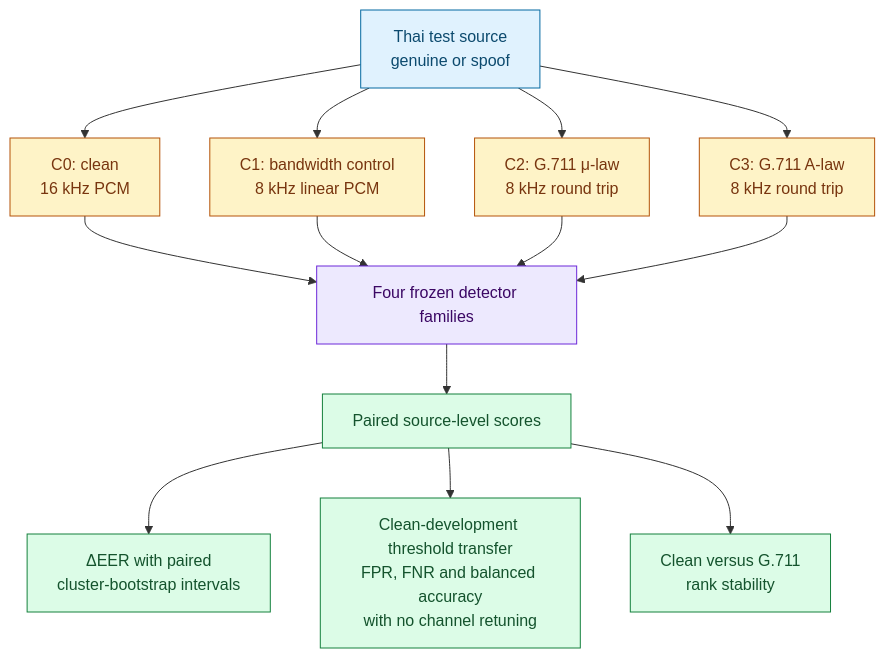
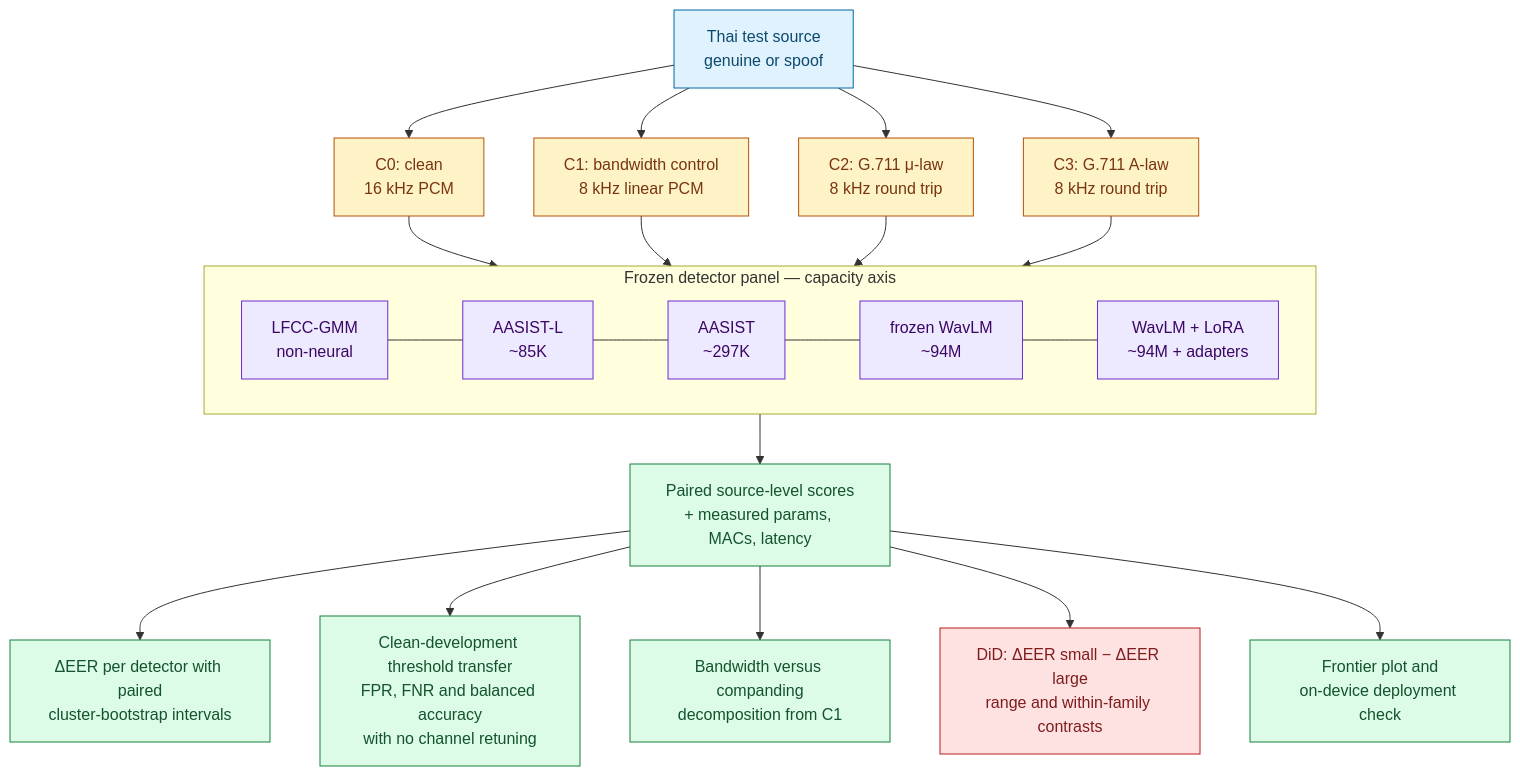
Before and after one commit to punyopan/ysc: the diagram in docs/architecture.mmd, drawn with Mermaid. The commit also changed 8 other files, not shown here.

```diff
--- a/docs/architecture.mmd
+++ b/docs/architecture.mmd
@@ -1,25 +1,34 @@
 flowchart TB
     A[Thai test source<br/>genuine or spoof] --> C0[C0: clean<br/>16 kHz PCM]
     A --> C1[C1: bandwidth control<br/>8 kHz linear PCM]
     A --> C2[C2: G.711 μ-law<br/>8 kHz round trip]
     A --> C3[C3: G.711 A-law<br/>8 kHz round trip]
 
-    C0 --> D[Four frozen detector families]
+    C0 --> D
     C1 --> D
     C2 --> D
     C3 --> D
 
-    D --> E[Paired source-level scores]
+    subgraph D [Frozen detector panel — capacity axis]
+        direction LR
+        D1[LFCC-GMM<br/>non-neural] --- D2[AASIST-L<br/>~85K] --- D3[AASIST<br/>~297K] --- D4[frozen WavLM<br/>~94M] --- D5[WavLM + LoRA<br/>~94M + adapters]
+    end
 
-    E --> F[ΔEER with paired<br/>cluster-bootstrap intervals]
+    D --> E[Paired source-level scores<br/>+ measured params, MACs, latency]
+
+    E --> F[ΔEER per detector with paired<br/>cluster-bootstrap intervals]
     E --> G[Clean-development threshold transfer<br/>FPR, FNR and balanced accuracy<br/>with no channel retuning]
-    E --> H[Clean versus G.711<br/>rank stability]
+    E --> H[Bandwidth versus companding<br/>decomposition from C1]
+    E --> I[DiD: ΔEER small − ΔEER large<br/>range and within-family contrasts]
+    E --> J[Frontier plot and<br/>on-device deployment check]
 
     classDef source fill:#e0f2fe,stroke:#0369a1,color:#0c4a6e;
     classDef condition fill:#fef3c7,stroke:#b45309,color:#78350f;
     classDef detector fill:#ede9fe,stroke:#6d28d9,color:#3b0764;
     classDef analysis fill:#dcfce7,stroke:#15803d,color:#14532d;
+    classDef primary fill:#fee2e2,stroke:#b91c1c,color:#7f1d1d;
     class A source;
     class C0,C1,C2,C3 condition;
-    class D detector;
-    class E,F,G,H analysis;
+    class D1,D2,D3,D4,D5 detector;
+    class E,F,G,H,J analysis;
+    class I primary;
```
